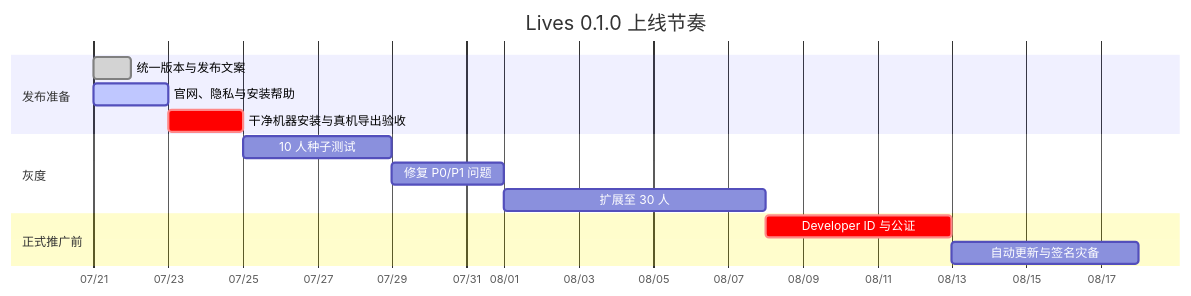
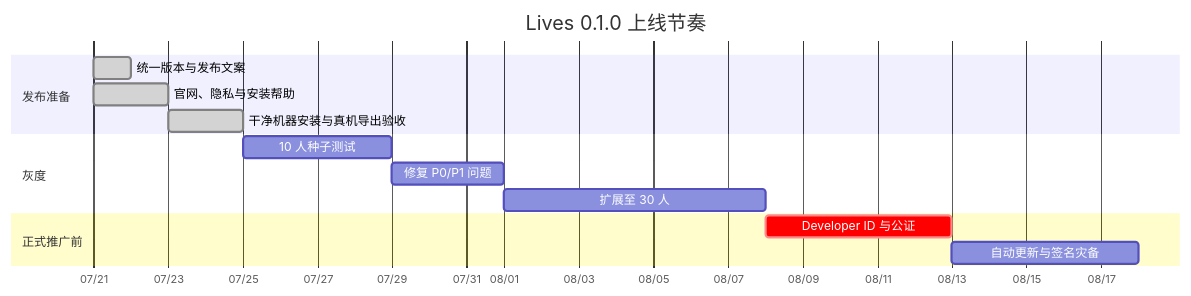
Before and after one commit to ohmyangboy/lives: the third of 3 diagrams in docs/发布/Lives-0.1.0-上线计划.md, drawn with Mermaid. The commit also changed other lines of this file and 4 other files, not shown here.

````diff
--- a/docs/发布/Lives-0.1.0-上线计划.md
+++ b/docs/发布/Lives-0.1.0-上线计划.md
@@ -84,17 +85,17 @@
 ```mermaid
 gantt
   title Lives 0.1.0 上线节奏
   dateFormat  YYYY-MM-DD
   axisFormat  %m/%d
   section 发布准备
   统一版本与发布文案          :done, a1, 2026-07-21, 1d
-  官网、隐私与安装帮助        :active, a2, 2026-07-21, 2d
-  干净机器安装与真机导出验收  :crit, a3, after a2, 2d
+  官网、隐私与安装帮助        :done, a2, 2026-07-21, 2d
+  干净机器安装与真机导出验收  :done, a3, after a2, 2d
   section 灰度
   10 人种子测试               :a4, after a3, 4d
   修复 P0/P1 问题             :a5, after a4, 3d
   扩展至 30 人                :a6, after a5, 7d
   section 正式推广前
   Developer ID 与公证         :crit, a7, after a6, 5d
   自动更新与签名灾备          :a8, after a7, 5d
 ```
````
